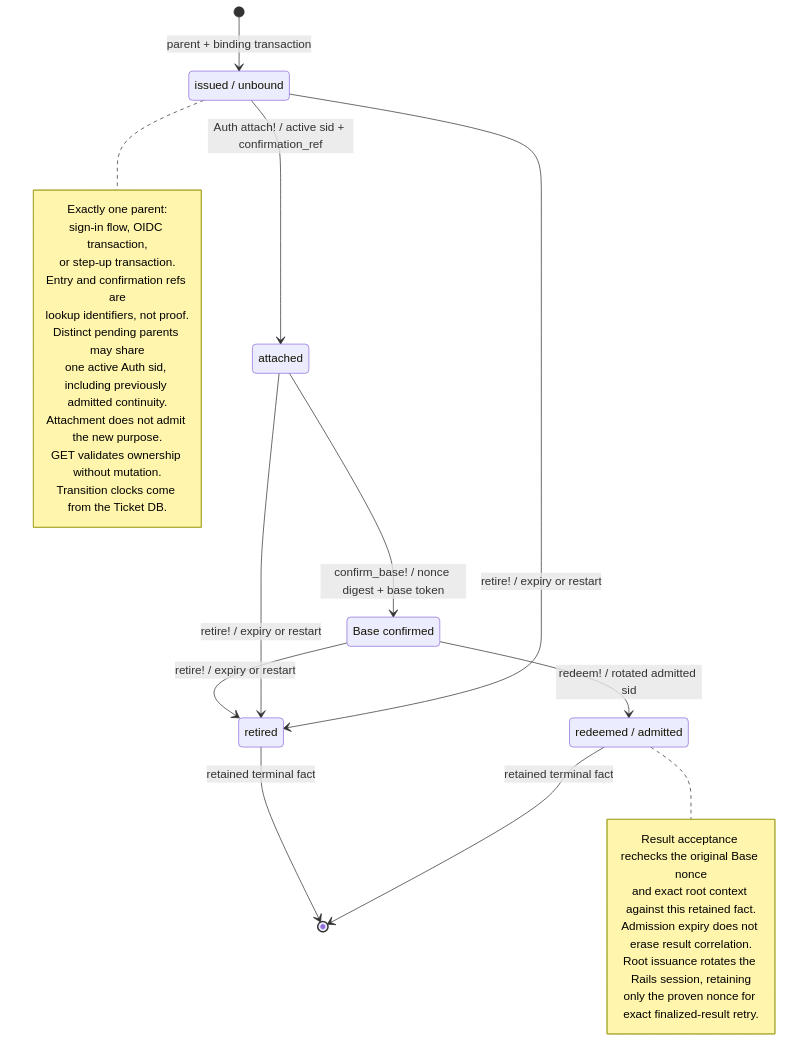
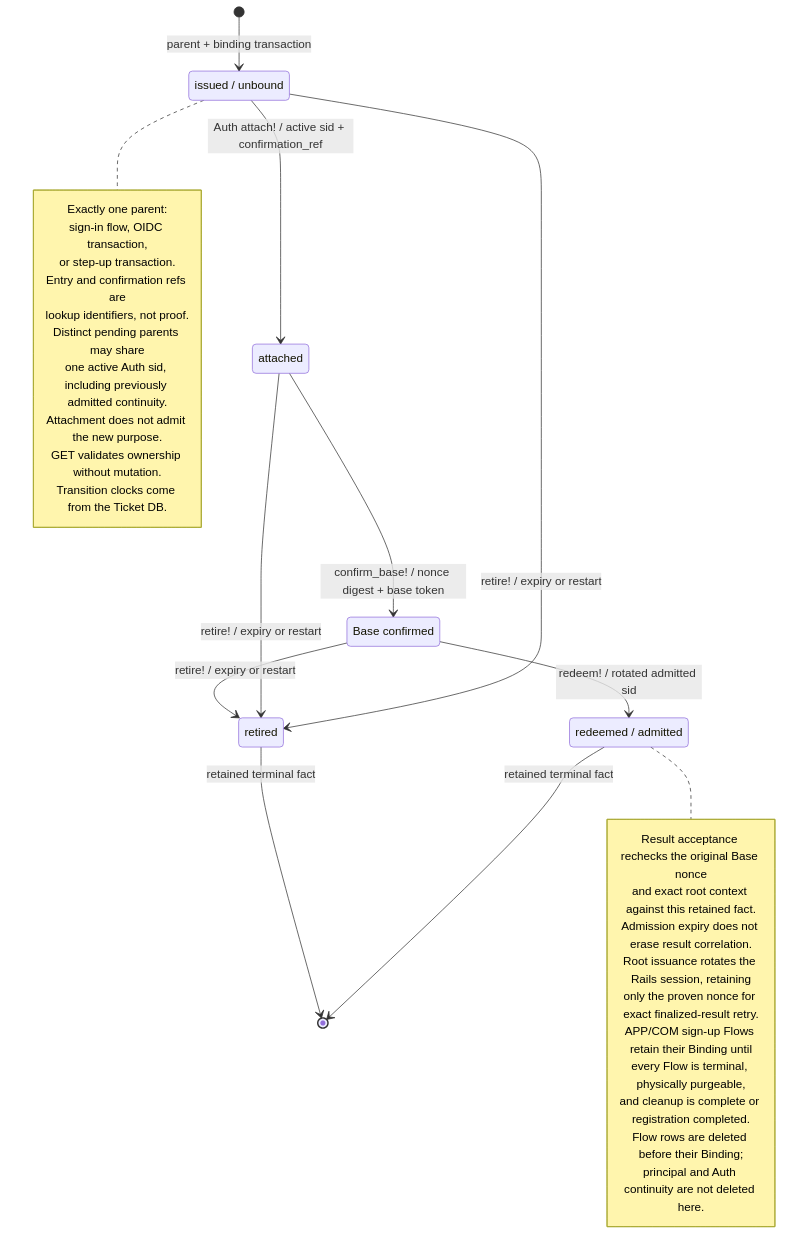
The diagram in docs/mermaid/idp-auth-admission-binding.mmd (seahal/umaxica-apps-jit-global), drawn with Mermaid before and after one commit. The commit also changed 908 other files, not shown here.

```diff
--- a/docs/mermaid/idp-auth-admission-binding.mmd
+++ b/docs/mermaid/idp-auth-admission-binding.mmd
@@ -1,38 +1,43 @@
 stateDiagram-v2
     %% D-82 derived lifecycle. The same contract is stored in app, com and org Ticket DBs.
     state "issued / unbound" as issued
     state "attached" as attached
     state "Base confirmed" as confirmed
     state "redeemed / admitted" as redeemed
     state "retired" as retired
 
     [*] --> issued: parent + binding transaction
     issued --> attached: Auth attach! / active sid + confirmation_ref
     issued --> retired: retire! / expiry or restart
     attached --> confirmed: confirm_base! / nonce digest + base token
     attached --> retired: retire! / expiry or restart
     confirmed --> redeemed: redeem! / rotated admitted sid
     confirmed --> retired: retire! / expiry or restart
     redeemed --> [*]: retained terminal fact
     retired --> [*]: retained terminal fact
 
     note right of issued
       Exactly one parent:
       sign-in flow, OIDC transaction,
       or step-up transaction.
       Entry and confirmation refs are
       lookup identifiers, not proof.
       Distinct pending parents may share
       one active Auth sid, including previously admitted continuity.
       Attachment does not admit the new purpose.
       GET validates ownership without mutation.
       Transition clocks come from the Ticket DB.
     end note
 
     note right of redeemed
       Result acceptance rechecks the original Base nonce
       and exact root context against this retained fact.
       Admission expiry does not erase result correlation.
       Root issuance rotates the Rails session, retaining
       only the proven nonce for exact finalized-result retry.
+      APP/COM sign-up Flows retain their Binding until
+      every Flow is terminal, physically purgeable,
+      and cleanup is complete or registration completed.
+      Flow rows are deleted before their Binding;
+      principal and Auth continuity are not deleted here.
     end note
```
